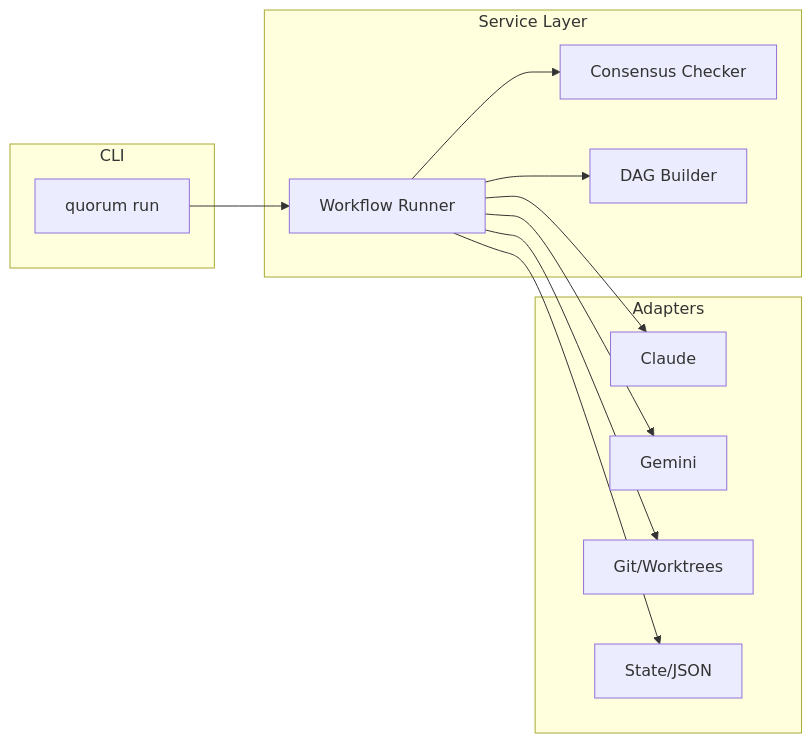
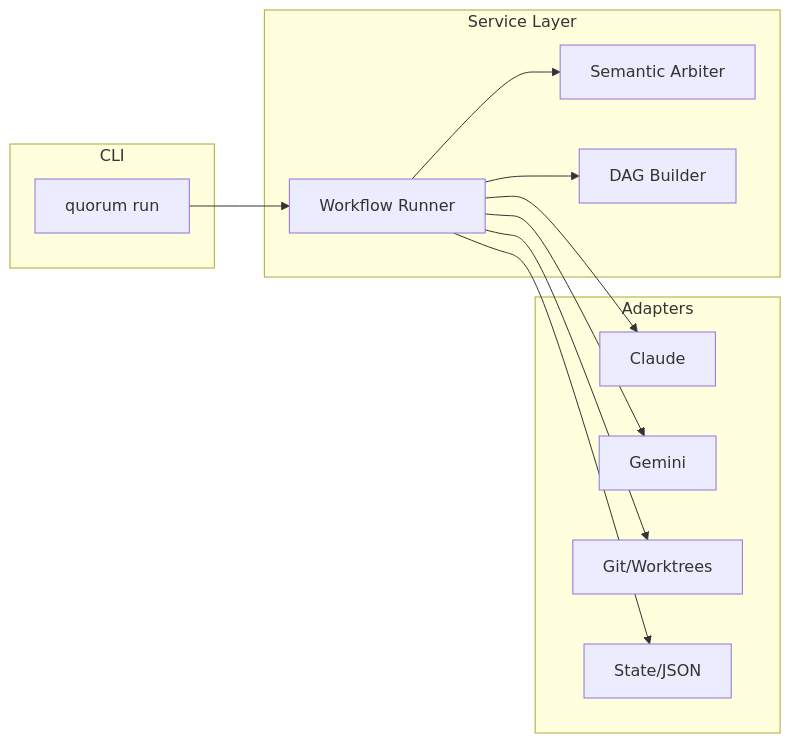
The diagram in README.md (hugo-lorenzo-mato/quorum-ai), drawn with Mermaid before and after one commit. The commit also changed other lines of this file and 7 other files, not shown here.

First line of the commit message:
docs: update documentation for semantic arbiter consensus

````diff
--- a/README.md
+++ b/README.md
@@ -290,27 +293,27 @@
 ```mermaid
 graph LR
     subgraph "CLI"
         A[quorum run]
     end
 
     subgraph "Service Layer"
         B[Workflow Runner]
-        C[Consensus Checker]
+        C[Semantic Arbiter]
         D[DAG Builder]
     end
 
     subgraph "Adapters"
         E[Claude]
         F[Gemini]
         G[Git/Worktrees]
         H[State/JSON]
     end
 
     A --> B
     B --> C
     B --> D
     B --> E
     B --> F
     B --> G
     B --> H
 ```
````
